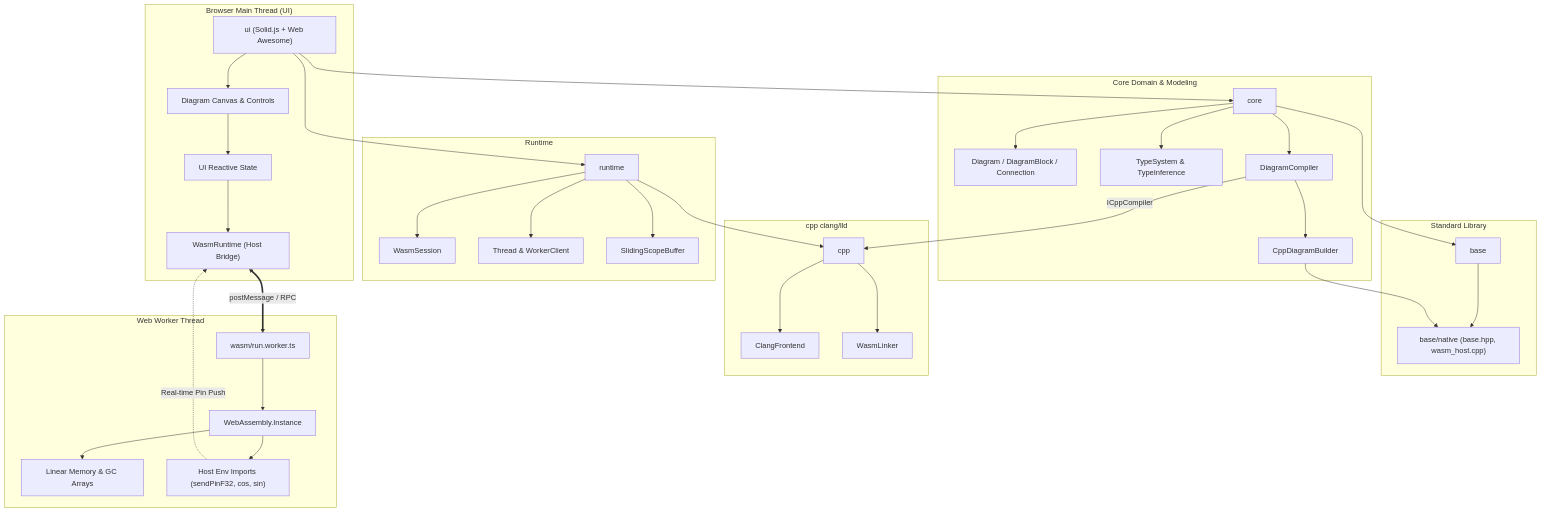
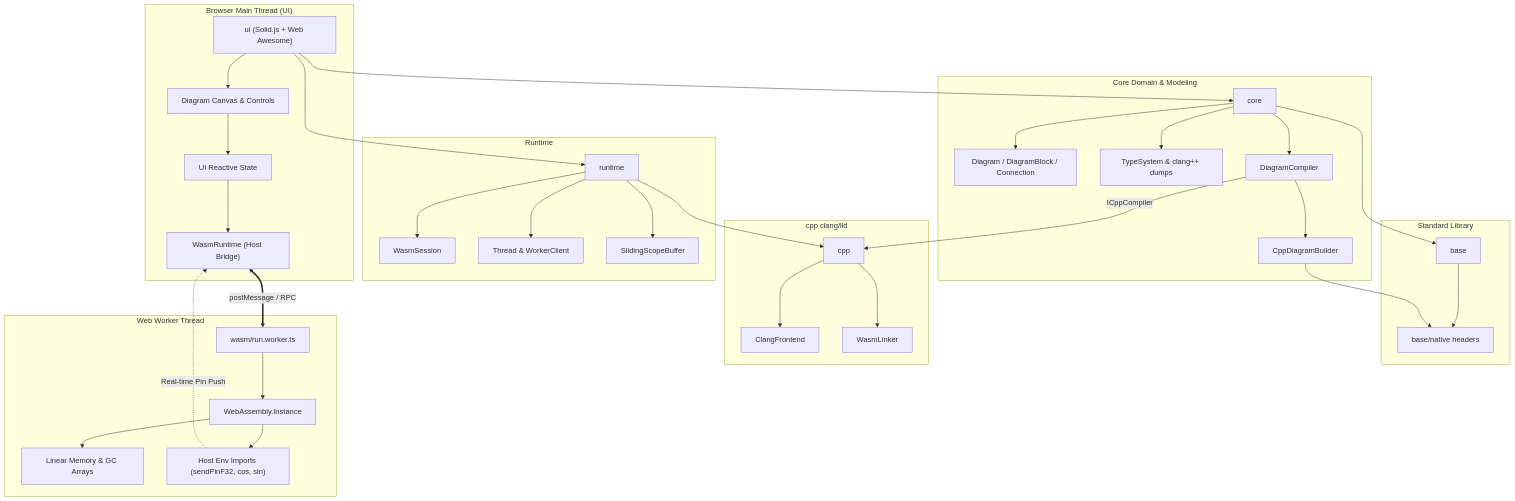
The first of 5 diagrams in README.md (dzmauchy/bld), drawn with Mermaid before and after one commit. The commit also changed other lines of this file and 53 other files, not shown here.

````diff
--- a/README.md
+++ b/README.md
@@ -90,71 +90,71 @@
 ```mermaid
 graph TD
     subgraph BrowserUI["Browser Main Thread (UI)"]
         UI["ui (Solid.js + Web Awesome)"]
         Canvas["Diagram Canvas & Controls"]
         UIState["UI Reactive State"]
         WasmRT["WasmRuntime (Host Bridge)"]
         
         UI --> Canvas
         Canvas --> UIState
         UIState --> WasmRT
     end
 
     subgraph CoreDomain["Core Domain & Modeling"]
         Core["core"]
         Diag["Diagram / DiagramBlock / Connection"]
-        TS["TypeSystem & TypeInference"]
+        TS["TypeSystem & clang++ dumps"]
         CompilerFacade["DiagramCompiler"]
         Builder["CppDiagramBuilder"]
 
         Core --> Diag
         Core --> TS
         Core --> CompilerFacade
         CompilerFacade --> Builder
     end
 
     subgraph RuntimePackage["Runtime"]
         Runtime["runtime"]
         Session["WasmSession"]
         ThreadMod["Thread & WorkerClient"]
         Buffers["SlidingScopeBuffer"]
 
         Runtime --> Session
         Runtime --> ThreadMod
         Runtime --> Buffers
     end
 
     subgraph BaseLib["Standard Library"]
         Base["base"]
-        Native["base/native (base.hpp, wasm_host.cpp)"]
+        Native["base/native headers"]
         Base --> Native
     end
 
     subgraph CppPkg["cpp clang/lld"]
         Cpp["cpp"]
         Clang["ClangFrontend"]
         Lld["WasmLinker"]
         Cpp --> Clang
         Cpp --> Lld
     end
 
     subgraph WorkerEnv["Web Worker Thread"]
         WorkerEntry["wasm/run.worker.ts"]
         WasmInst["WebAssembly.Instance"]
         SharedMem["Linear Memory & GC Arrays"]
         EnvBridge["Host Env Imports (sendPinF32, cos, sin)"]
 
         WorkerEntry --> WasmInst
         WasmInst --> SharedMem
         WasmInst --> EnvBridge
     end
 
     UI --> Core
     UI --> Runtime
     Core --> Base
     Runtime --> Cpp
     CompilerFacade -->|"ICppCompiler"| Cpp
     Builder --> Native
     WasmRT <==>|"postMessage / RPC"| WorkerEntry
     EnvBridge -.->|"Real-time Pin Push"| WasmRT
 ```
````
